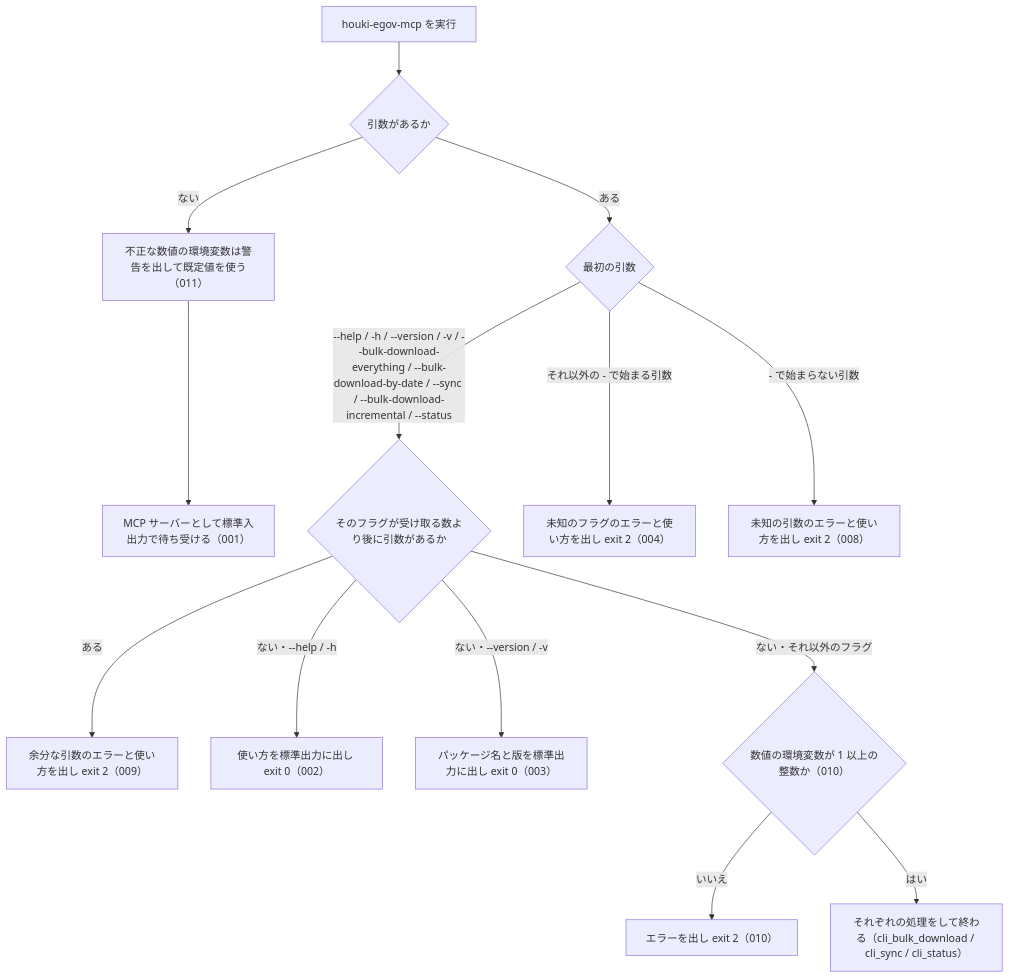
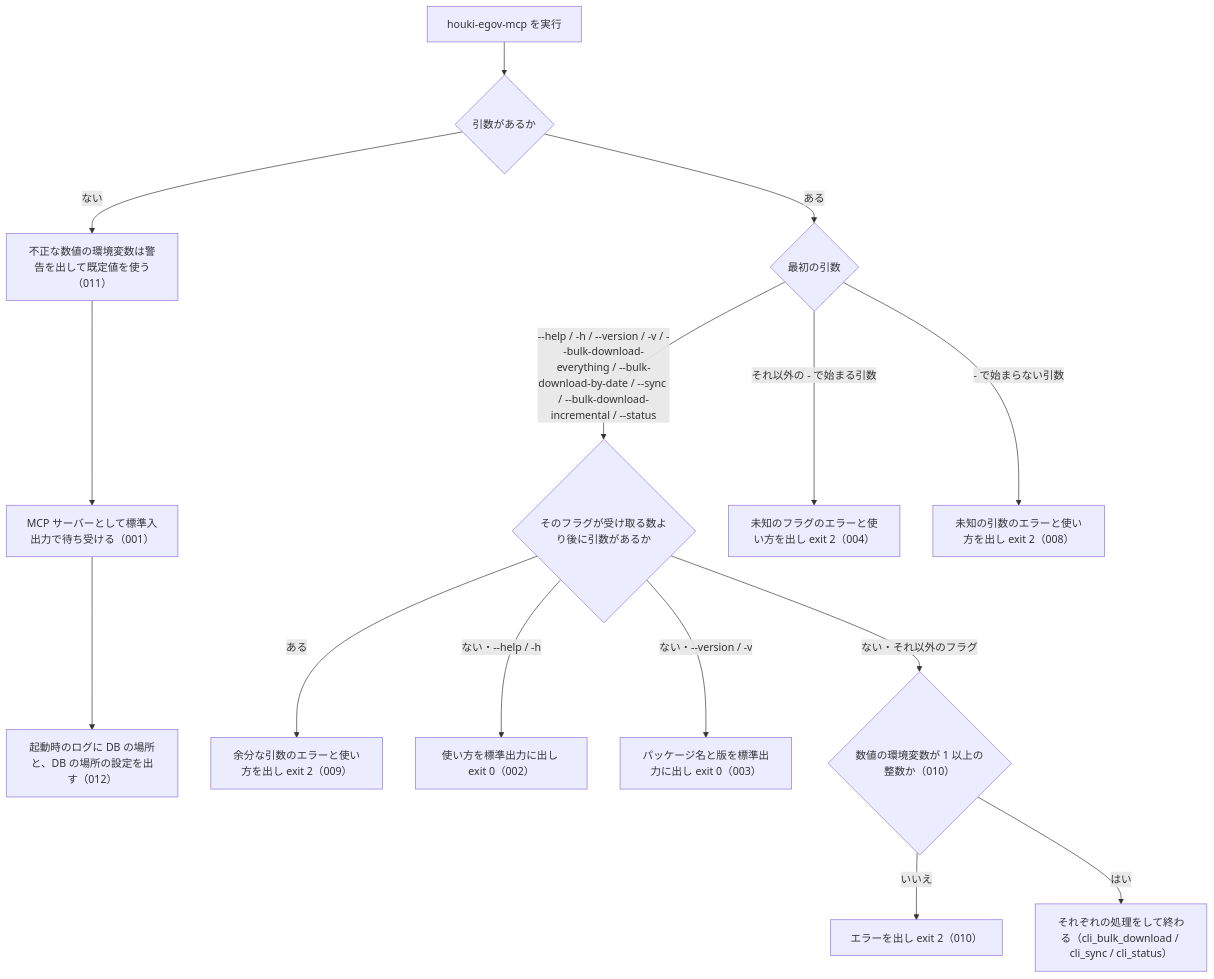
One commit to shuji-bonji/houki-egov-mcp changed the diagram in specs/current/cli_entry/spec.md. Above: the diagram before and after it, drawn with Mermaid. The commit also changed other lines of this file and 14 other files, not shown here.

````diff
--- a/specs/current/cli_entry/spec.md
+++ b/specs/current/cli_entry/spec.md
@@ -41,15 +41,15 @@
 ```mermaid
 flowchart TD
   A["houki-egov-mcp を実行"] --> B{"引数があるか"}
-  B -- ない --> S0["不正な数値の環境変数は警告を出して既定値を使う（011）"] --> S["MCP サーバーとして標準入出力で待ち受ける（001）"]
+  B -- ない --> S0["不正な数値の環境変数は警告を出して既定値を使う（011）"] --> S["MCP サーバーとして標準入出力で待ち受ける（001）"] --> S1["起動時のログに DB の場所と、DB の場所の設定を出す（012）"]
   B -- ある --> C{"最初の引数"}
   C -- "--help / -h / --version / -v / --bulk-download-everything / --bulk-download-by-date / --sync / --bulk-download-incremental / --status" --> X{"そのフラグが受け取る数より後に引数があるか"}
   X -- ある --> Y["余分な引数のエラーと使い方を出し exit 2（009）"]
   X -- "ない・--help / -h" --> H["使い方を標準出力に出し exit 0（002）"]
   X -- "ない・--version / -v" --> V["パッケージ名と版を標準出力に出し exit 0（003）"]
   X -- "ない・それ以外のフラグ" --> Z{"数値の環境変数が 1 以上の整数か（010）"}
   Z -- いいえ --> Z1["エラーを出し exit 2（010）"]
   Z -- はい --> O["それぞれの処理をして終わる（cli_bulk_download / cli_sync / cli_status）"]
   C -- "それ以外の - で始まる引数" --> U["未知のフラグのエラーと使い方を出し exit 2（004）"]
   C -- "- で始まらない引数" --> P["未知の引数のエラーと使い方を出し exit 2（008）"]
 ```
````
